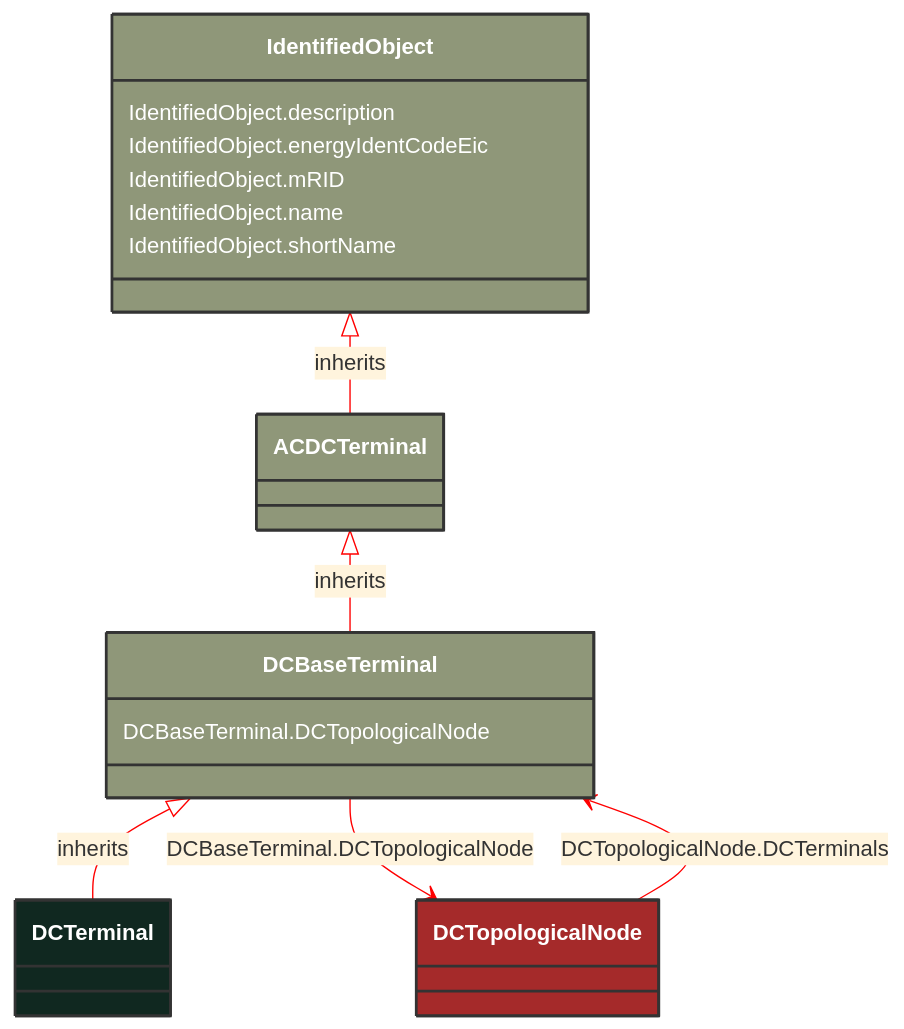
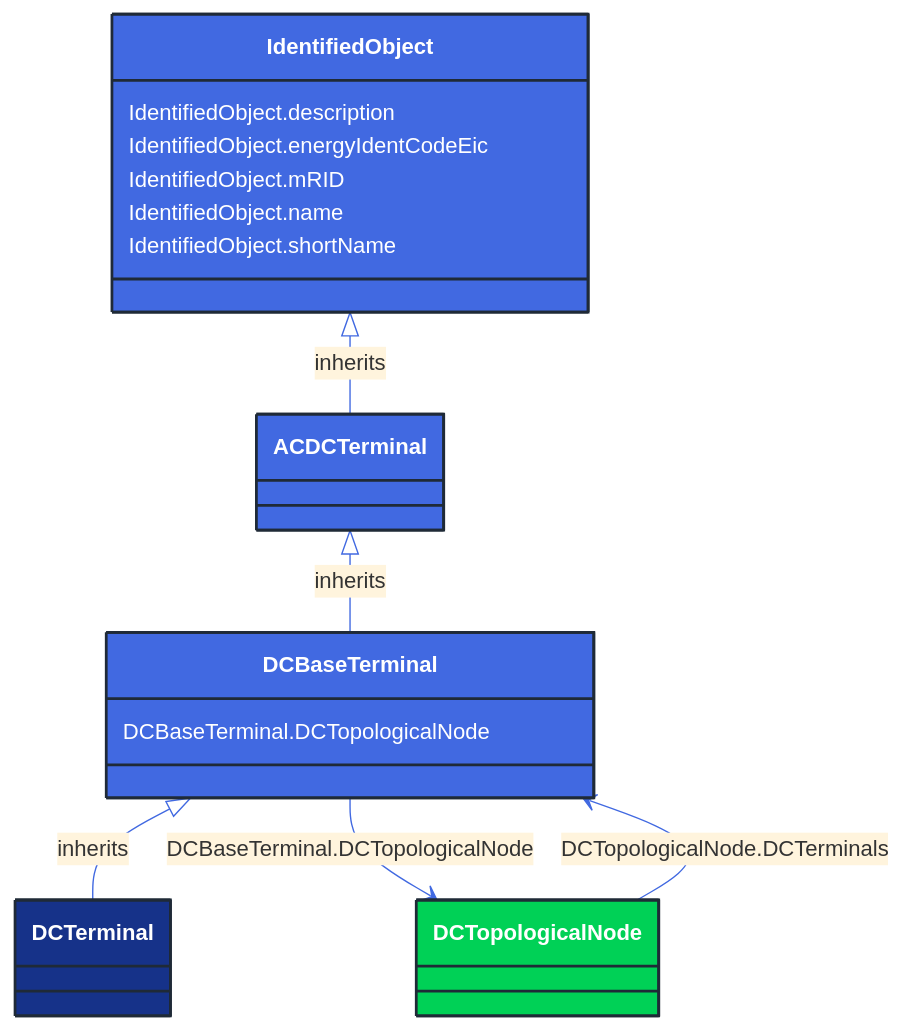
The diagram in docs/Models/Profiles/Topology/ConcreteClasses/DCTerminal.md (3lbits/NoCIMExtensions), drawn with Mermaid before and after one commit. The commit also changed 362 other files, not shown here.

First line of the commit message:
Update diagrams and styles for improved visual consistency

````diff
--- a/docs/Models/Profiles/Topology/ConcreteClasses/DCTerminal.md
+++ b/docs/Models/Profiles/Topology/ConcreteClasses/DCTerminal.md
@@ -8,39 +8,39 @@
 ```mermaid
-%%{init: {'theme':'base','themeVariables': {'lineColor': '#FF0000'}}}%%
+%%{init: {'theme':'base','themeVariables': {'lineColor': '#4169E1'}}}%%
 classDiagram
     class DCTerminal
     click DCTerminal href "/Models/Profiles/Topology/ConcreteClasses/DCTerminal/"
-    style DCTerminal fill:#102820,stroke:#333,stroke-width:2px,rx:10,ry:10,color:white
+    style DCTerminal fill:#163289,stroke:#1F2A37,stroke-width:2px,rx:10,ry:10,color:white
      
         DCBaseTerminal <|-- DCTerminal : inherits
             click DCBaseTerminal href "/Models/Profiles/Topology/AbstractClasses/DCBaseTerminal/"
-            style DCBaseTerminal fill:#8F9779,stroke:#333,stroke-width:2px,rx:10,ry:10,color:white
+            style DCBaseTerminal fill:#4169E1,stroke:#1F2A37,stroke-width:2px,rx:10,ry:10,color:white
      
         ACDCTerminal <|-- DCBaseTerminal : inherits
             click ACDCTerminal href "/Models/Profiles/Topology/AbstractClasses/ACDCTerminal/"
-            style ACDCTerminal fill:#8F9779,stroke:#333,stroke-width:2px,rx:10,ry:10,color:white
+            style ACDCTerminal fill:#4169E1,stroke:#1F2A37,stroke-width:2px,rx:10,ry:10,color:white
      
         IdentifiedObject <|-- ACDCTerminal : inherits
             click IdentifiedObject href "/Models/Profiles/Topology/AbstractClasses/IdentifiedObject/"
-            style IdentifiedObject fill:#8F9779,stroke:#333,stroke-width:2px,rx:10,ry:10,color:white
+            style IdentifiedObject fill:#4169E1,stroke:#1F2A37,stroke-width:2px,rx:10,ry:10,color:white
 
         DCBaseTerminal --> DCTopologicalNode : DCBaseTerminal.DCTopologicalNode
 
         DCTopologicalNode
             click DCTopologicalNode href "/Models/Profiles/Topology/ConcreteClasses/DCTopologicalNode/"
-            style DCTopologicalNode fill:#A52A2A,stroke:#333,stroke-width:2px,rx:10,ry:10,color:white
+            style DCTopologicalNode fill:#00D156,stroke:#1F2A37,stroke-width:2px,rx:10,ry:10,color:white
 
         DCTopologicalNode --> DCBaseTerminal : DCTopologicalNode.DCTerminals
 
         DCTopologicalNode
             click DCTopologicalNode href "/Models/Profiles/Topology/ConcreteClasses/DCTopologicalNode/"
-            style DCTopologicalNode fill:#A52A2A,stroke:#333,stroke-width:2px,rx:10,ry:10,color:white
+            style DCTopologicalNode fill:#00D156,stroke:#1F2A37,stroke-width:2px,rx:10,ry:10,color:white
 
 
         DCBaseTerminal : DCBaseTerminal.DCTopologicalNode
         IdentifiedObject : IdentifiedObject.description
         IdentifiedObject : IdentifiedObject.energyIdentCodeEic
         IdentifiedObject : IdentifiedObject.mRID
         IdentifiedObject : IdentifiedObject.name
         IdentifiedObject : IdentifiedObject.shortName
 ```
````
